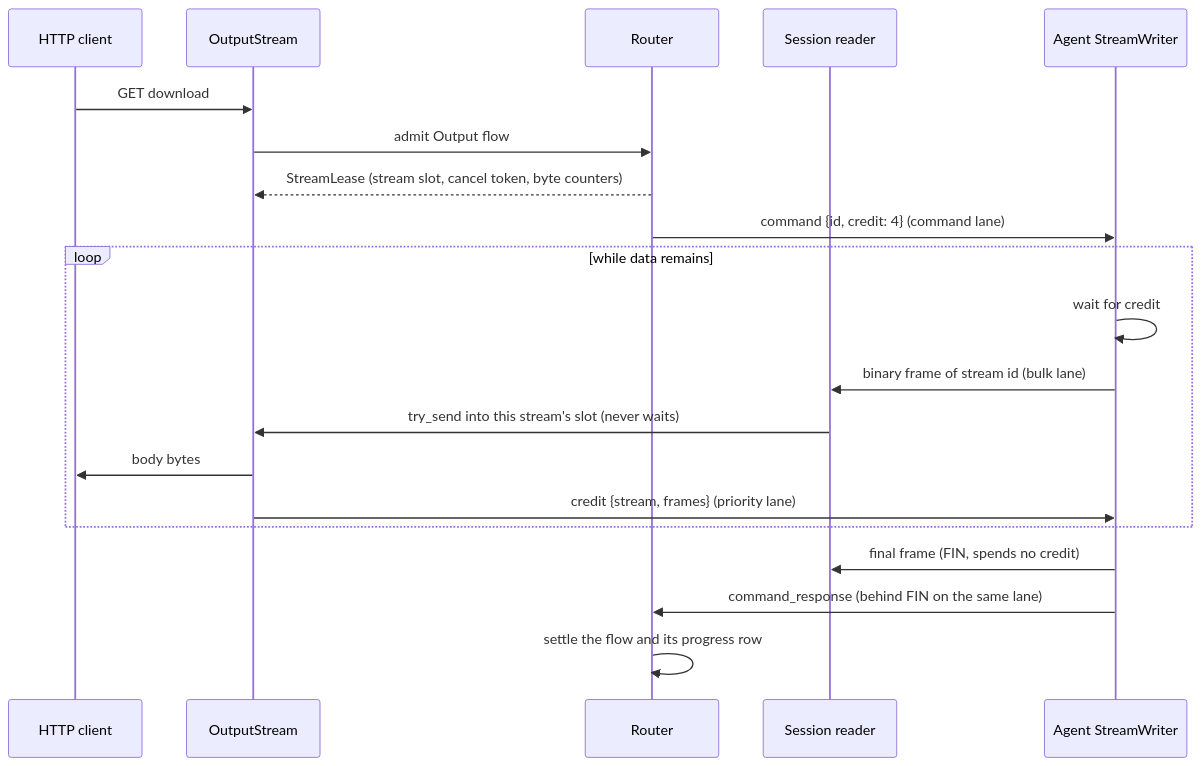
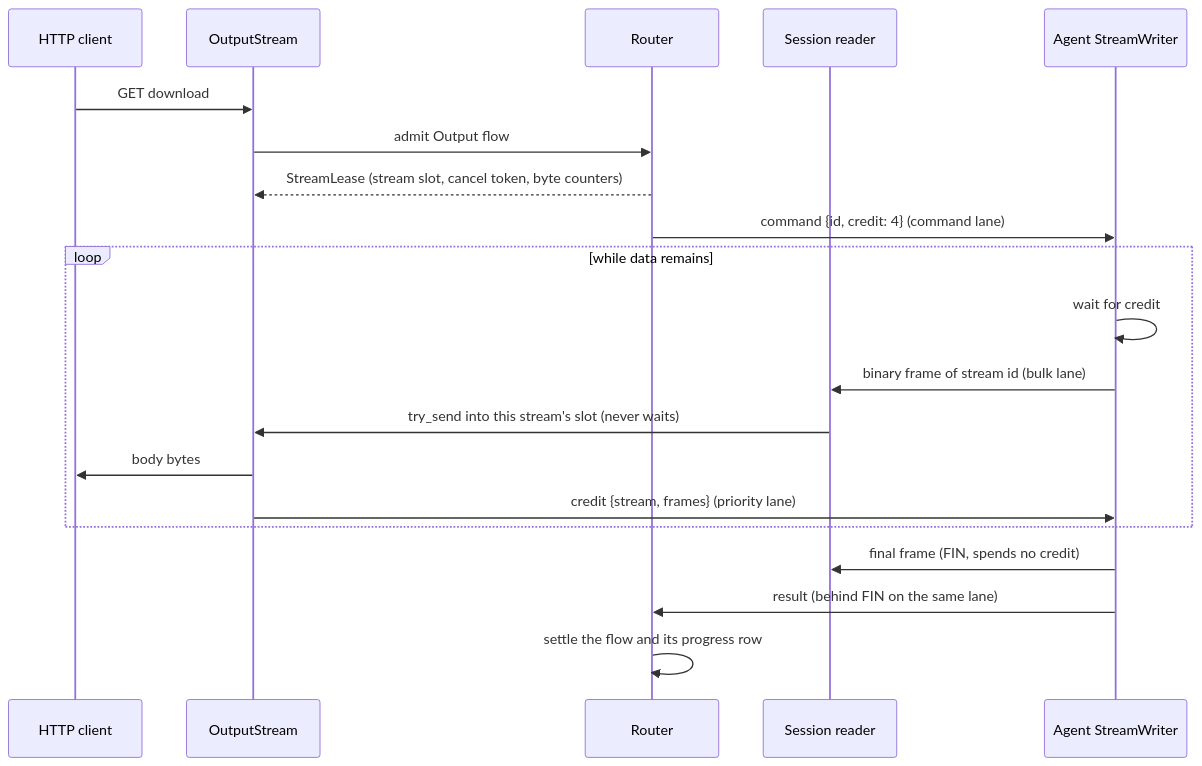
One commit to FruitieX/redoor changed the seventh of 10 diagrams in ARCHITECTURE.md. Above: the diagram before and after it, drawn with Mermaid. The commit also changed other lines of this file, not shown here.

First line of the commit message:
Document typed responses and the result frame

````diff
--- a/ARCHITECTURE.md
+++ b/ARCHITECTURE.md
@@ -439,23 +444,23 @@
 ```mermaid
 sequenceDiagram
     participant C as HTTP client
     participant O as OutputStream
     participant R as Router
     participant T as Session reader
     participant A as Agent StreamWriter
 
     C->>O: GET download
     O->>R: admit Output flow
     R-->>O: StreamLease (stream slot, cancel token, byte counters)
     R->>A: command {id, credit: 4} (command lane)
     loop while data remains
         A->>A: wait for credit
         A->>T: binary frame of stream id (bulk lane)
         T->>O: try_send into this stream's slot (never waits)
         O->>C: body bytes
         O->>A: credit {stream, frames} (priority lane)
     end
     A->>T: final frame (FIN, spends no credit)
-    A->>R: command_response (behind FIN on the same lane)
+    A->>R: result (behind FIN on the same lane)
     R->>R: settle the flow and its progress row
 ```
````
